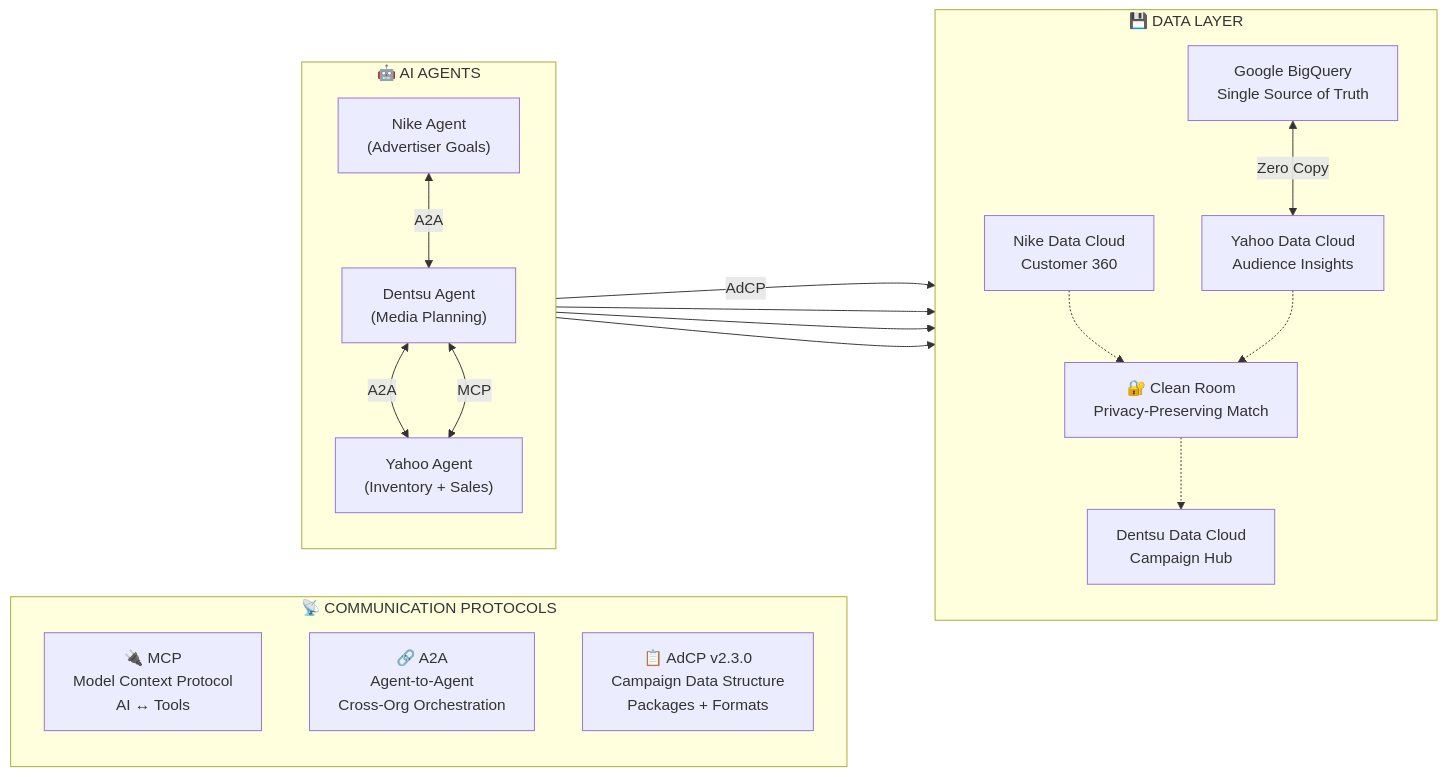
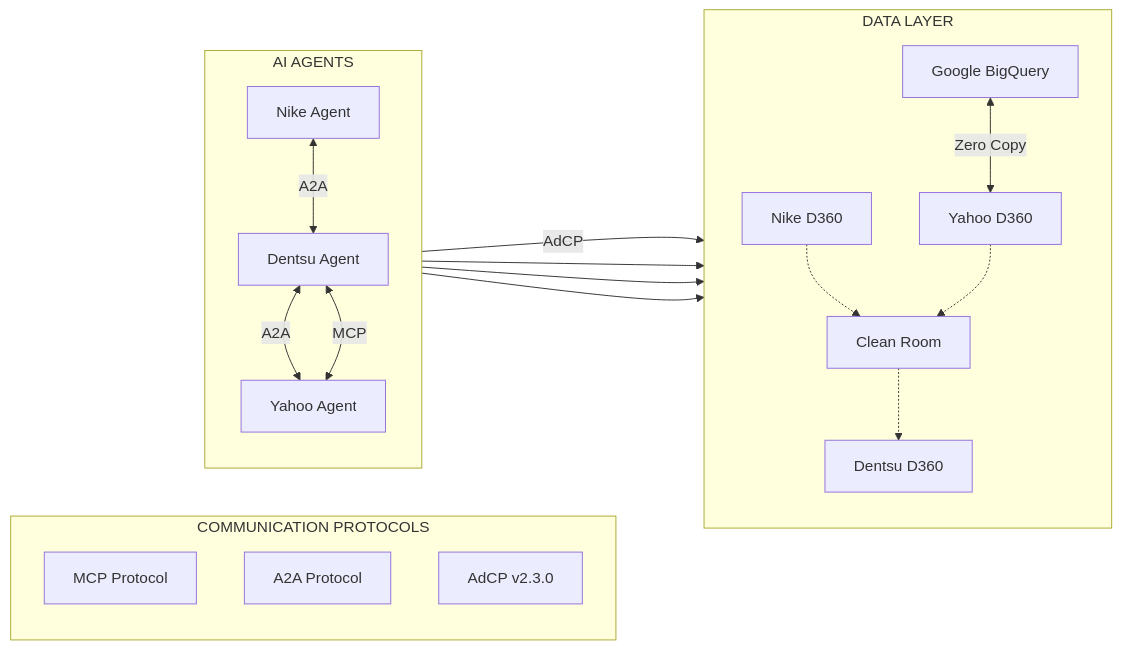
Before and after one commit to arupsarkar-sfdc/admcp-media-app: the third of 8 diagrams in DENTSU_YAHOO_NIKE_ARCHITECTURE.md, drawn with Mermaid. The commit also changed other lines of this file, not shown here.

Commit message:
docs(fix): Updated! Added the new bullet point explaining the advantage of publisher-hosted Clean Rooms

````diff
--- a/DENTSU_YAHOO_NIKE_ARCHITECTURE.md
+++ b/DENTSU_YAHOO_NIKE_ARCHITECTURE.md
@@ -160,42 +160,39 @@
 ```mermaid
 flowchart LR
-    subgraph PROTOCOLS["📡 COMMUNICATION PROTOCOLS"]
+    subgraph PROTOCOLS["COMMUNICATION PROTOCOLS"]
         direction TB
-        MCP["🔌 MCP<br/>Model Context Protocol<br/>AI ↔ Tools"]
-        A2A["🔗 A2A<br/>Agent-to-Agent<br/>Cross-Org Orchestration"]
-        AdCP["📋 AdCP v2.3.0<br/>Campaign Data Structure<br/>Packages + Formats"]
+        MCP["MCP Protocol"]
+        A2A["A2A Protocol"]
+        AdCP["AdCP v2.3.0"]
     end
 
-    subgraph AGENTS["🤖 AI AGENTS"]
+    subgraph AGENTS["AI AGENTS"]
         direction TB
-        NikeA["Nike Agent<br/>(Advertiser Goals)"]
-        DentsuA["Dentsu Agent<br/>(Media Planning)"]
-        YahooA["Yahoo Agent<br/>(Inventory + Sales)"]
+        NikeA["Nike Agent"]
+        DentsuA["Dentsu Agent"]
+        YahooA["Yahoo Agent"]
     end
 
-    subgraph DATA["💾 DATA LAYER"]
+    subgraph DATA["DATA LAYER"]
         direction TB
-        NikeDC["Nike Data Cloud<br/>Customer 360"]
-        DentsuDC["Dentsu Data Cloud<br/>Campaign Hub"]
-        YahooDC["Yahoo Data Cloud<br/>Audience Insights"]
-        BigQuery["Google BigQuery<br/>Single Source of Truth"]
-        CleanRoom["🔐 Clean Room<br/>Privacy-Preserving Match"]
+        NikeDC["Nike D360"]
+        DentsuDC["Dentsu D360"]
+        YahooDC["Yahoo D360"]
+        BQ["Google BigQuery"]
+        CleanRoom["Clean Room"]
     end
 
-    %% Protocol connections
     NikeA <-->|A2A| DentsuA
     DentsuA <-->|A2A| YahooA
     DentsuA <-->|MCP| YahooA
-    YahooA -->|AdCP| BigQuery
+    YahooA -->|AdCP| BQ
 
-    %% Data connections
     NikeDC -.-> CleanRoom
     YahooDC -.-> CleanRoom
     CleanRoom -.-> DentsuDC
-    BigQuery <-->|Zero Copy| YahooDC
-    
-    %% Agent to data
+    BQ <-->|Zero Copy| YahooDC
+
     NikeA --> NikeDC
     DentsuA --> DentsuDC
     YahooA --> YahooDC
 ```
````
